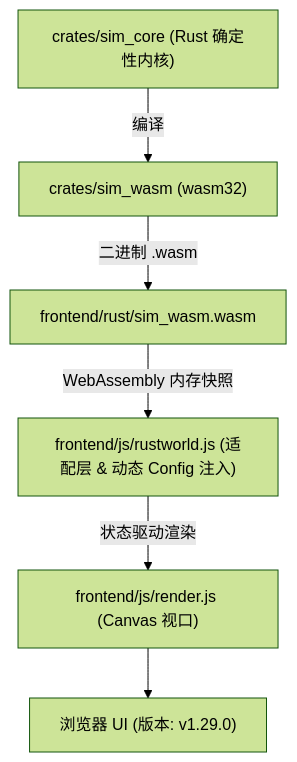
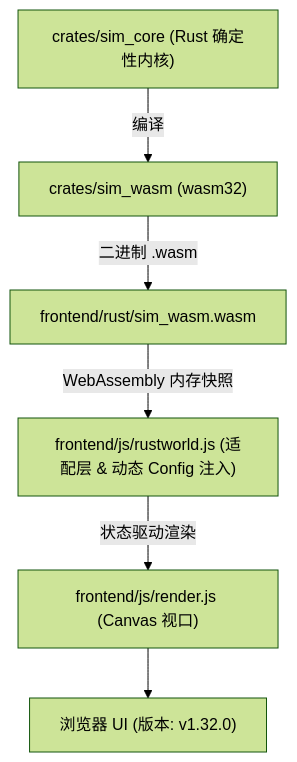
One commit to g39088902/FlowAndAccord changed the diagram in AGENTS.md. Above: the diagram before and after it, drawn with Mermaid (forest theme). The commit also changed other lines of this file and 21 other files, not shown here.

````diff
--- a/AGENTS.md
+++ b/AGENTS.md
@@ -51,8 +51,8 @@
 ```mermaid
 graph TD
     A["crates/sim_core (Rust 确定性内核)"] -->|编译| B["crates/sim_wasm (wasm32)"]
     B -->|二进制 .wasm| C["frontend/rust/sim_wasm.wasm"]
     C -->|WebAssembly 内存快照| D["frontend/js/rustworld.js (适配层 & 动态 Config 注入)"]
     D -->|状态驱动渲染| E["frontend/js/render.js (Canvas 视口)"]
-    E --> F["浏览器 UI (版本: v1.29.0)"]
+    E --> F["浏览器 UI (版本: v1.32.0)"]
 ```
````
